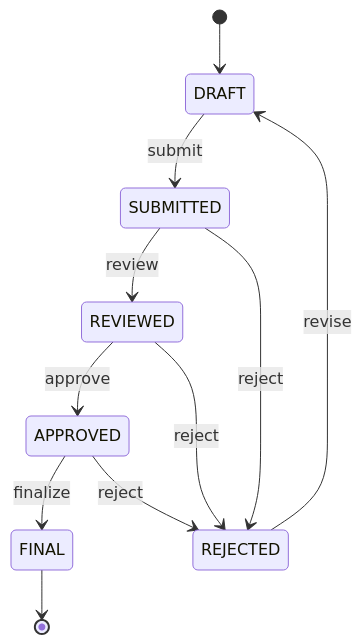
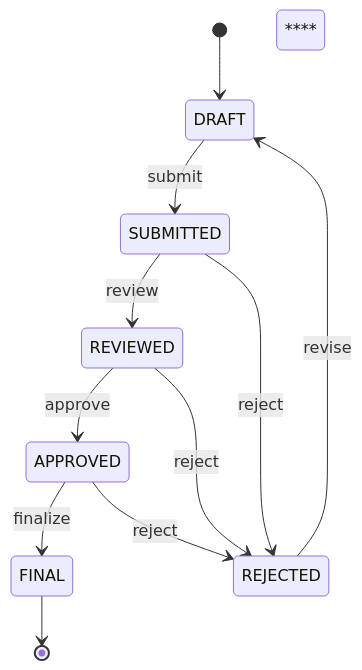
The diagram in docs/Blueprint.md (zuudevs/SAQ-ERP), drawn with Mermaid before and after one commit. The commit also changed 4 other files, not shown here.

Commit message:
feat: Add event and procurement ERD documentation; remove obsolete inventory ERD

````diff
--- a/docs/Blueprint.md
+++ b/docs/Blueprint.md
@@ -77,16 +77,16 @@
 ```mermaid
 stateDiagram-v2
     [*] --> DRAFT
 
     DRAFT --> SUBMITTED : submit
     SUBMITTED --> REVIEWED : review
     REVIEWED --> APPROVED : approve
     APPROVED --> FINAL : finalize
 
     SUBMITTED --> REJECTED : reject
     REVIEWED --> REJECTED : reject
     APPROVED --> REJECTED : reject
 
     REJECTED --> DRAFT : revise
-    FINAL --> [*]
+    FINAL --> [*]****
 ```
````
